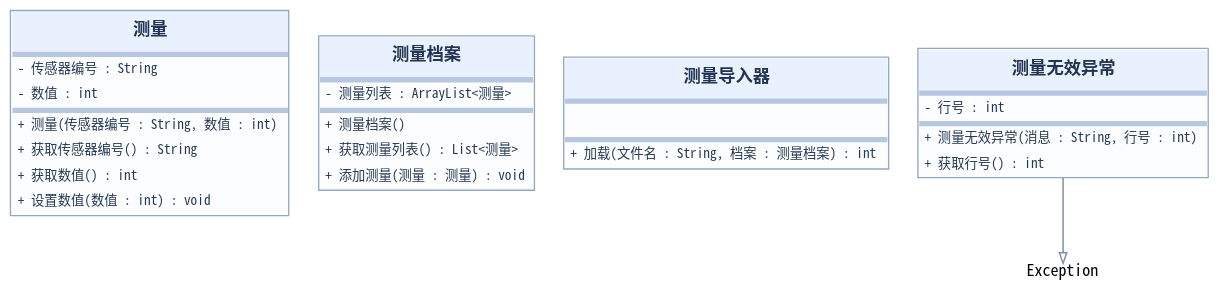
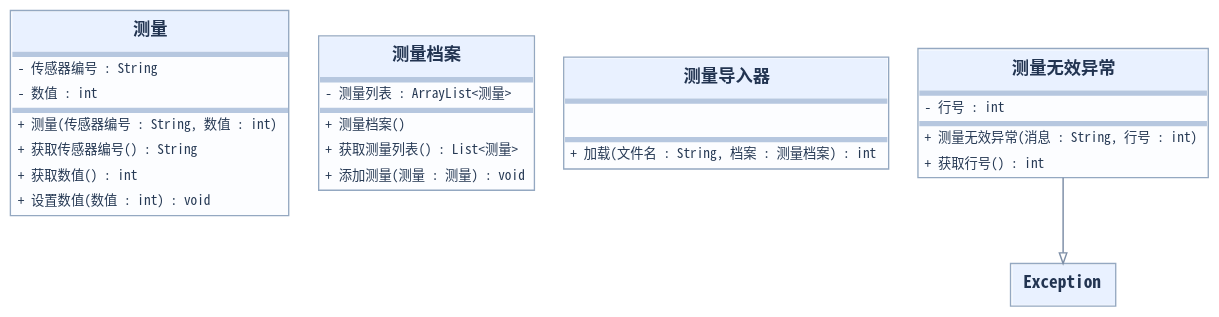
The diagram in content/chapters/13-kivetelek/media/task-5-zh.dot (edetroll/java-oop), drawn with Graphviz before and after one commit. The commit also changed 44 other files, not shown here.

```diff
--- a/content/chapters/13-kivetelek/media/task-5-zh.dot
+++ b/content/chapters/13-kivetelek/media/task-5-zh.dot
@@ -1,11 +1,11 @@
 digraph UML {
 graph [rankdir=TB, bgcolor="transparent", nodesep="0.30", ranksep="0.50", pad="0.12", splines=polyline];
 node [shape=plain];
 edge [color="#7d8ea6", penwidth=1.1, arrowsize=0.8];
 "测量" [label=<<TABLE BORDER="1" COLOR="#94a8c1" CELLBORDER="0" CELLSPACING="0" BGCOLOR="#fcfdff"><TR><TD ALIGN="CENTER" CELLPADDING="8" BGCOLOR="#e9f1ff"><FONT FACE="Noto Sans Mono CJK SC" POINT-SIZE="13" COLOR="#223451"><B>测量</B></FONT></TD></TR><TR><TD BGCOLOR="#b6c7df" HEIGHT="2"></TD></TR><TR><TD ALIGN="LEFT" CELLPADDING="4"><FONT FACE="Noto Sans Mono CJK SC" POINT-SIZE="10" COLOR="#263954">- 传感器编号 : String</FONT></TD></TR><TR><TD ALIGN="LEFT" CELLPADDING="4"><FONT FACE="Noto Sans Mono CJK SC" POINT-SIZE="10" COLOR="#263954">- 数值 : int</FONT></TD></TR><TR><TD BGCOLOR="#b6c7df" HEIGHT="2"></TD></TR><TR><TD ALIGN="LEFT" CELLPADDING="4"><FONT FACE="Noto Sans Mono CJK SC" POINT-SIZE="10" COLOR="#263954">+ 测量(传感器编号 : String, 数值 : int)</FONT></TD></TR><TR><TD ALIGN="LEFT" CELLPADDING="4"><FONT FACE="Noto Sans Mono CJK SC" POINT-SIZE="10" COLOR="#263954">+ 获取传感器编号() : String</FONT></TD></TR><TR><TD ALIGN="LEFT" CELLPADDING="4"><FONT FACE="Noto Sans Mono CJK SC" POINT-SIZE="10" COLOR="#263954">+ 获取数值() : int</FONT></TD></TR><TR><TD ALIGN="LEFT" CELLPADDING="4"><FONT FACE="Noto Sans Mono CJK SC" POINT-SIZE="10" COLOR="#263954">+ 设置数值(数值 : int) : void</FONT></TD></TR></TABLE>>];
 "测量档案" [label=<<TABLE BORDER="1" COLOR="#94a8c1" CELLBORDER="0" CELLSPACING="0" BGCOLOR="#fcfdff"><TR><TD ALIGN="CENTER" CELLPADDING="8" BGCOLOR="#e9f1ff"><FONT FACE="Noto Sans Mono CJK SC" POINT-SIZE="13" COLOR="#223451"><B>测量档案</B></FONT></TD></TR><TR><TD BGCOLOR="#b6c7df" HEIGHT="2"></TD></TR><TR><TD ALIGN="LEFT" CELLPADDING="4"><FONT FACE="Noto Sans Mono CJK SC" POINT-SIZE="10" COLOR="#263954">- 测量列表 : ArrayList&lt;测量&gt;</FONT></TD></TR><TR><TD BGCOLOR="#b6c7df" HEIGHT="2"></TD></TR><TR><TD ALIGN="LEFT" CELLPADDING="4"><FONT FACE="Noto Sans Mono CJK SC" POINT-SIZE="10" COLOR="#263954">+ 测量档案()</FONT></TD></TR><TR><TD ALIGN="LEFT" CELLPADDING="4"><FONT FACE="Noto Sans Mono CJK SC" POINT-SIZE="10" COLOR="#263954">+ 获取测量列表() : List&lt;测量&gt;</FONT></TD></TR><TR><TD ALIGN="LEFT" CELLPADDING="4"><FONT FACE="Noto Sans Mono CJK SC" POINT-SIZE="10" COLOR="#263954">+ 添加测量(测量 : 测量) : void</FONT></TD></TR></TABLE>>];
 "测量导入器" [label=<<TABLE BORDER="1" COLOR="#94a8c1" CELLBORDER="0" CELLSPACING="0" BGCOLOR="#fcfdff"><TR><TD ALIGN="CENTER" CELLPADDING="8" BGCOLOR="#e9f1ff"><FONT FACE="Noto Sans Mono CJK SC" POINT-SIZE="13" COLOR="#223451"><B>测量导入器</B></FONT></TD></TR><TR><TD BGCOLOR="#b6c7df" HEIGHT="2"></TD></TR><TR><TD ALIGN="LEFT" CELLPADDING="5"> </TD></TR><TR><TD BGCOLOR="#b6c7df" HEIGHT="2"></TD></TR><TR><TD ALIGN="LEFT" CELLPADDING="4"><FONT FACE="Noto Sans Mono CJK SC" POINT-SIZE="10" COLOR="#263954">+ 加载(文件名 : String, 档案 : 测量档案) : int</FONT></TD></TR></TABLE>>];
 "测量无效异常" [label=<<TABLE BORDER="1" COLOR="#94a8c1" CELLBORDER="0" CELLSPACING="0" BGCOLOR="#fcfdff"><TR><TD ALIGN="CENTER" CELLPADDING="8" BGCOLOR="#e9f1ff"><FONT FACE="Noto Sans Mono CJK SC" POINT-SIZE="13" COLOR="#223451"><B>测量无效异常</B></FONT></TD></TR><TR><TD BGCOLOR="#b6c7df" HEIGHT="2"></TD></TR><TR><TD ALIGN="LEFT" CELLPADDING="4"><FONT FACE="Noto Sans Mono CJK SC" POINT-SIZE="10" COLOR="#263954">- 行号 : int</FONT></TD></TR><TR><TD BGCOLOR="#b6c7df" HEIGHT="2"></TD></TR><TR><TD ALIGN="LEFT" CELLPADDING="4"><FONT FACE="Noto Sans Mono CJK SC" POINT-SIZE="10" COLOR="#263954">+ 测量无效异常(消息 : String, 行号 : int)</FONT></TD></TR><TR><TD ALIGN="LEFT" CELLPADDING="4"><FONT FACE="Noto Sans Mono CJK SC" POINT-SIZE="10" COLOR="#263954">+ 获取行号() : int</FONT></TD></TR></TABLE>>];
-"Exception" [shape=plain, label=<<FONT FACE="Noto Sans Mono CJK SC" POINT-SIZE="12">Exception</FONT>>];
+"Exception" [label=<<TABLE BORDER="1" COLOR="#94a8c1" CELLBORDER="0" CELLSPACING="0" BGCOLOR="#fcfdff"><TR><TD ALIGN="CENTER" CELLPADDING="8" BGCOLOR="#e9f1ff"><FONT FACE="Noto Sans Mono CJK SC" POINT-SIZE="13" COLOR="#223451"><B>Exception</B></FONT></TD></TR></TABLE>>];
 "测量无效异常" -> "Exception" [arrowhead="empty"];
 }
```
